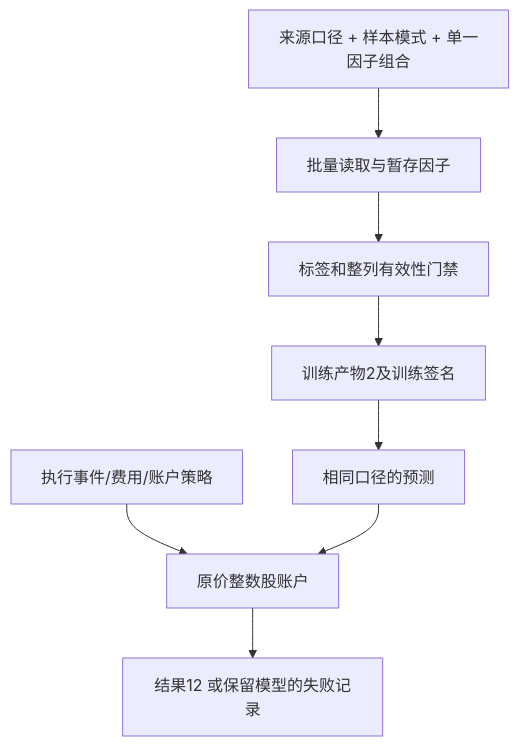
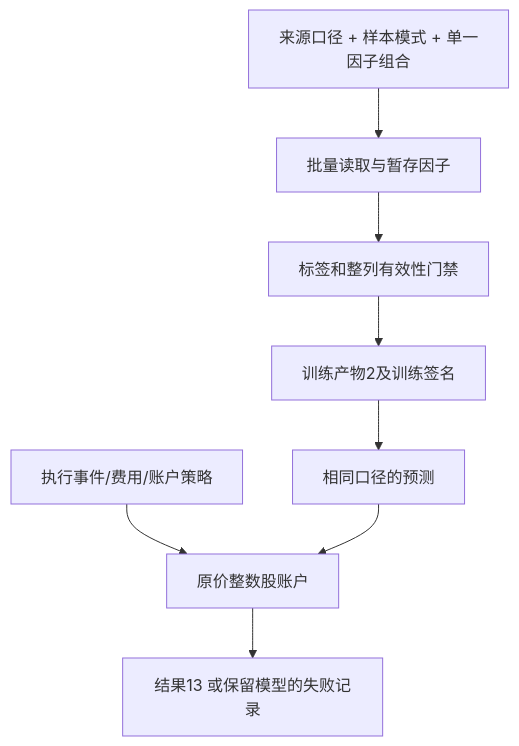
Before and after one commit to Dennishaha/JFQuant: the sixth of 6 diagrams in crates/ml/README.md, drawn with Mermaid. The commit also changed other lines of this file and 78 other files, not shown here.

````diff
--- a/crates/ml/README.md
+++ b/crates/ml/README.md
@@ -268,10 +268,10 @@
 ```mermaid
 flowchart TD
   S[来源口径 + 样本模式 + 单一因子组合] --> C[批量读取与暂存因子]
   C --> G[标签和整列有效性门禁]
   G --> T[训练产物2及训练签名]
   T --> P[相同口径的预测]
   A[执行事件/费用/账户策略] --> E[原价整数股账户]
   P --> E
-  E --> R[结果12 或保留模型的失败记录]
+  E --> R[结果13 或保留模型的失败记录]
 ```
````
